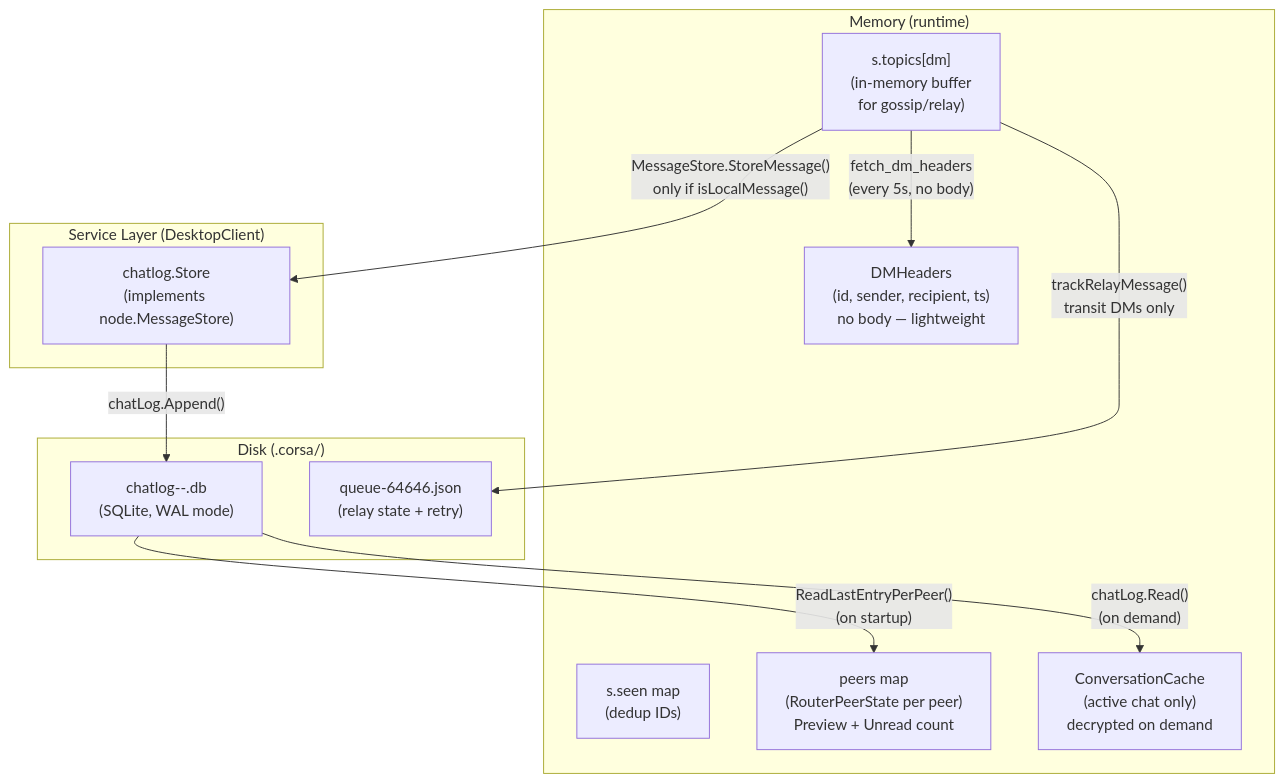
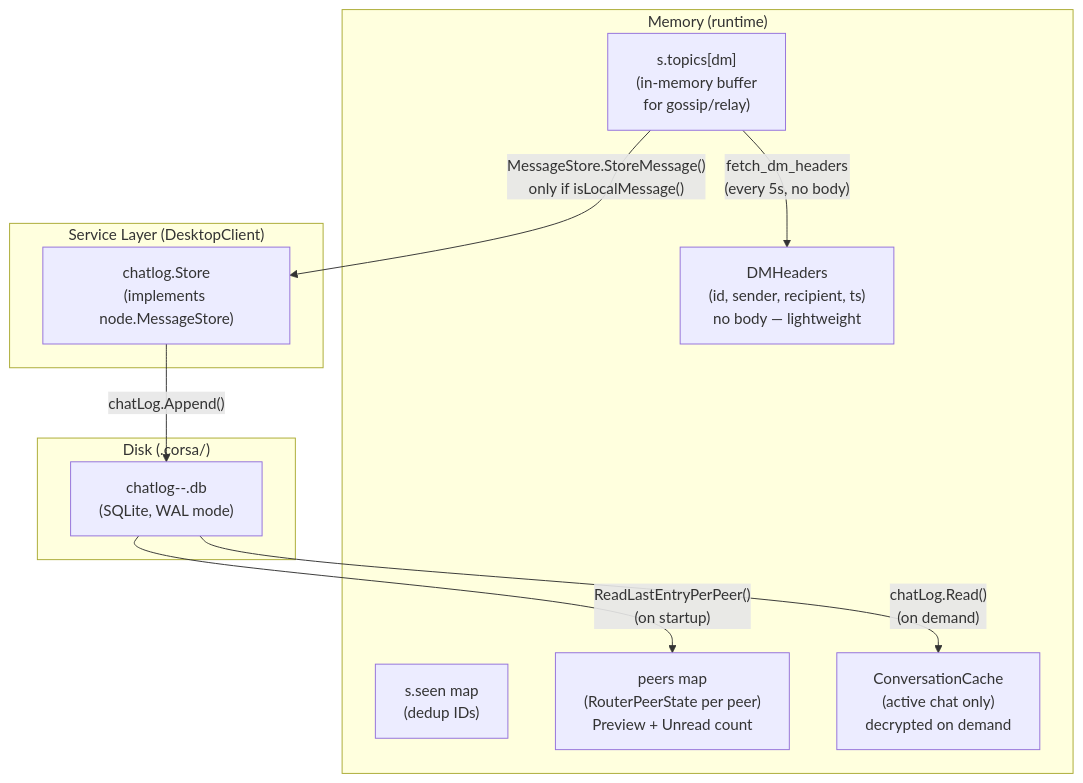
Before and after one commit to piratecash/corsa: the first of 16 diagrams in docs/chatlog.md, drawn with Mermaid. The commit also changed other lines of this file and 67 other files, not shown here.

````diff
--- a/docs/chatlog.md
+++ b/docs/chatlog.md
@@ -20,26 +20,24 @@
 ```mermaid
 flowchart TB
     subgraph MEMORY["Memory (runtime)"]
         TOPICS["s.topics[dm]\n(in-memory buffer\nfor gossip/relay)"]
         SEEN["s.seen map\n(dedup IDs)"]
         HEADERS["DMHeaders\n(id, sender, recipient, ts)\nno body — lightweight"]
         PEERS["peers map\n(RouterPeerState per peer)\nPreview + Unread count"]
         CACHE["ConversationCache\n(active chat only)\ndecrypted on demand"]
     end
 
     subgraph SVC["Service Layer (DesktopClient)"]
         CHATLOG["chatlog.Store\n(implements node.MessageStore)"]
     end
 
     subgraph DISK["Disk (.corsa/)"]
         DB["chatlog-<identity_short>-<port>.db\n(SQLite, WAL mode)"]
-        QUEUE["queue-64646.json\n(relay state + retry)"]
     end
 
     TOPICS -->|"MessageStore.StoreMessage()\nonly if isLocalMessage()"| CHATLOG
     CHATLOG -->|"chatLog.Append()"| DB
-    TOPICS -->|"trackRelayMessage()\ntransit DMs only"| QUEUE
     DB -->|"chatLog.Read()\n(on demand)"| CACHE
     DB -->|"ReadLastEntryPerPeer()\n(on startup)"| PEERS
     TOPICS -->|"fetch_dm_headers\n(every 5s, no body)"| HEADERS
 ```
````
